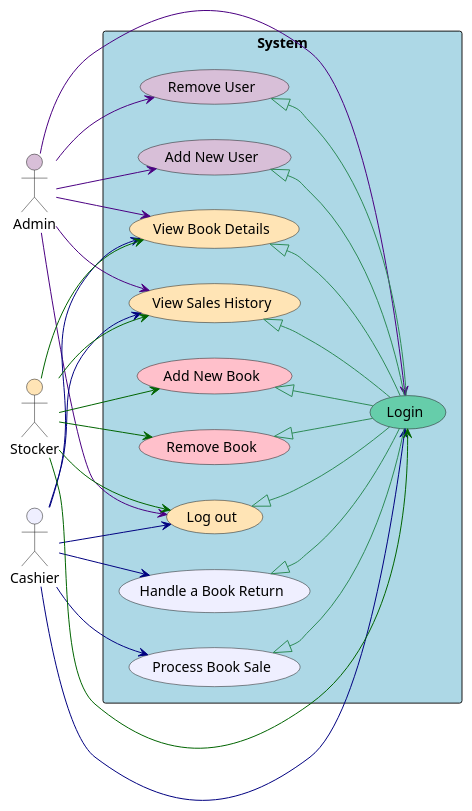
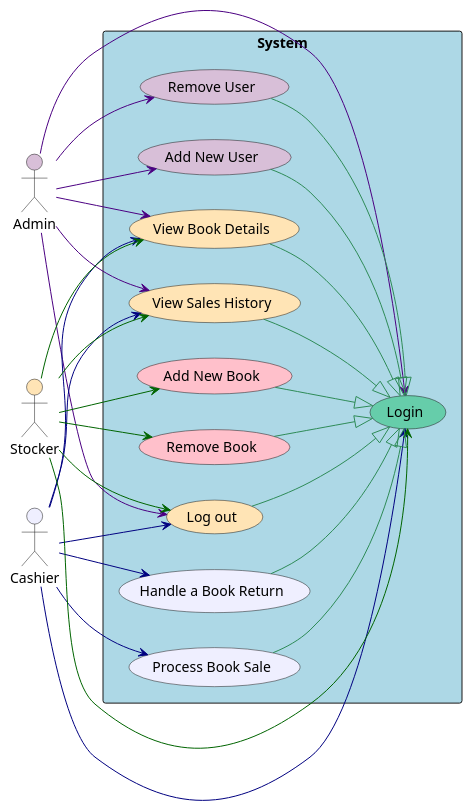
One commit to HabibaMekay/Bookstore-Management-System changed the diagram in usecases/Diagrams/All.puml. Above: the diagram before and after it, drawn with PlantUML. The commit also changed 4 other files, not shown here.

Commit message:
fixe to use case diagrams

```diff
--- a/usecases/Diagrams/All.puml
+++ b/usecases/Diagrams/All.puml
@@ -1,68 +1,68 @@
 @startuml
 'https://plantuml.com/use-case-diagram
 
 left to right direction
 
 actor Admin #Thistle
 actor Stocker #Moccasin
 actor Cashier #Motivation
 
 rectangle "System" #LightBlue {
 
 'Common UC
         'All
     usecase "Login" as UC1 #MediumAquaMarine
     usecase "Log out" as UC2 #Moccasin
     usecase "View Book Details" as UC3 #Moccasin
         'cashier and admin
     usecase "View Sales History" as UC4 #Moccasin
 
 'Admin
 
     usecase "Add New User" as UC5 #Thistle
     usecase "Remove User" as UC6 #Thistle
 
 'Stocker
 
     usecase "Add New Book" as UC8 #Pink
     usecase "Remove Book" as UC9 #Pink
 
 
 'Cashier
 
     usecase "Process Book Sale" as UC10 #Motivation
     usecase "Handle a Book Return" as UC11  #Motivation
 }
 
 Admin --> UC1 #Indigo
 Admin --> UC2 #Indigo
 Admin --> UC3 #Indigo
 Admin --> UC4 #Indigo
 Admin --> UC5 #Indigo
 Admin --> UC6 #Indigo
 
 Cashier --> UC1 #Navy
 Cashier --> UC2 #Navy
 Cashier --> UC3 #Navy
 Cashier --> UC4 #Navy
 Cashier --> UC10 #Navy
 Cashier --> UC11 #Navy
 
 Stocker --> UC1 #DarkGreen
 Stocker --> UC2 #DarkGreen
 Stocker --> UC3 #DarkGreen
 Stocker --> UC4 #DarkGreen
 Stocker --> UC8 #DarkGreen
 Stocker --> UC9 #DarkGreen
 
-UC2  <|-- UC1 #SeaGreen
-UC3 <|-- UC1 #SeaGreen
-UC4 <|-- UC1 #SeaGreen
-UC5 <|-- UC1 #SeaGreen
-UC6 <|-- UC1 #SeaGreen
-UC8 <|-- UC1 #SeaGreen
-UC9 <|-- UC1 #SeaGreen
-UC10 <|-- UC1 #SeaGreen
-UC11 <|-- UC1 #SeaGreen
+UC2  --|> UC1 #SeaGreen
+UC3 --|> UC1 #SeaGreen
+UC4 --|> UC1 #SeaGreen
+UC5 --|> UC1 #SeaGreen
+UC6 --|> UC1 #SeaGreen
+UC8 --|> UC1 #SeaGreen
+UC9 --|> UC1 #SeaGreen
+UC10 --|> UC1 #SeaGreen
+UC11 --|> UC1 #SeaGreen
 
 @enduml
```
